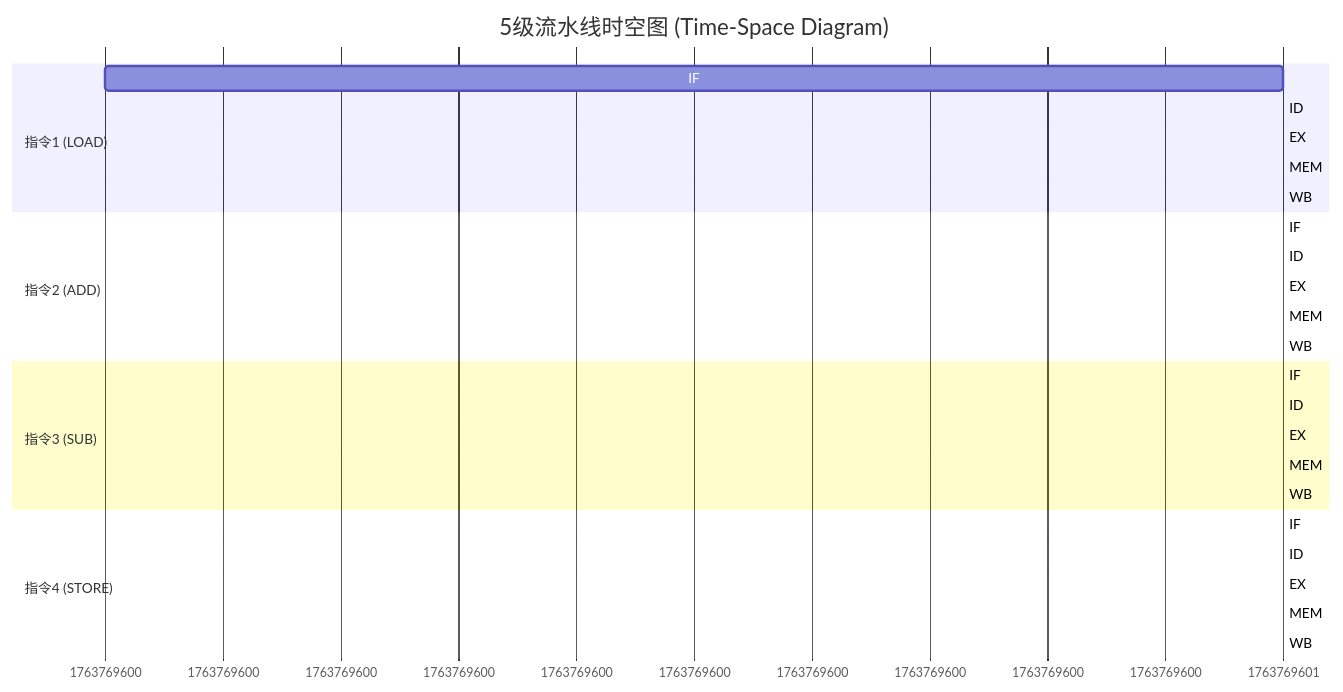
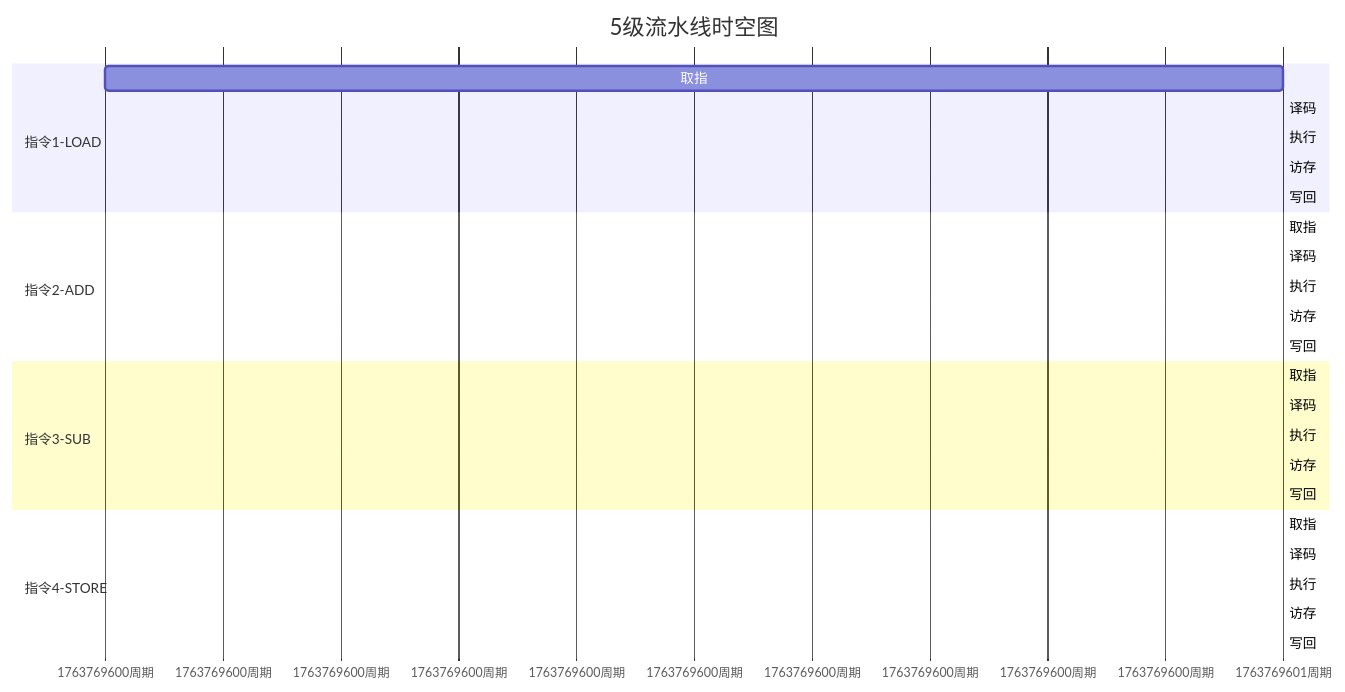
The diagram in 计算机组成原理/1-核心笔记/精简版/16-流水线技术.md (laoliu-463/-11), drawn with Mermaid before and after one commit. The commit also changed 6 other files, not shown here.

````diff
--- a/计算机组成原理/1-核心笔记/精简版/16-流水线技术.md
+++ b/计算机组成原理/1-核心笔记/精简版/16-流水线技术.md
@@ -12,34 +12,34 @@
 ```mermaid
 gantt
-    title 5级流水线时空图 (Time-Space Diagram)
+    title 5级流水线时空图
     dateFormat s
-    axisFormat %s
+    axisFormat %s周期
     
-    section 指令1 (LOAD)
-    IF :a1, 0, 1
-    ID :a2, 1, 1
-    EX :a3, 2, 1
-    MEM:a4, 3, 1
-    WB :a5, 4, 1
+    section 指令1-LOAD
+    取指 :a1, 0, 1
+    译码 :a2, 1, 1
+    执行 :a3, 2, 1
+    访存:a4, 3, 1
+    写回 :a5, 4, 1
     
-    section 指令2 (ADD)
-    IF :b1, 1, 1
-    ID :b2, 2, 1
-    EX :b3, 3, 1
-    MEM:b4, 4, 1
-    WB :b5, 5, 1
+    section 指令2-ADD
+    取指 :b1, 1, 1
+    译码 :b2, 2, 1
+    执行 :b3, 3, 1
+    访存:b4, 4, 1
+    写回 :b5, 5, 1
     
-    section 指令3 (SUB)
-    IF :c1, 2, 1
-    ID :c2, 3, 1
-    EX :c3, 4, 1
-    MEM:c4, 5, 1
-    WB :c5, 6, 1
+    section 指令3-SUB
+    取指 :c1, 2, 1
+    译码 :c2, 3, 1
+    执行 :c3, 4, 1
+    访存:c4, 5, 1
+    写回 :c5, 6, 1
     
-    section 指令4 (STORE)
-    IF :d1, 3, 1
-    ID :d2, 4, 1
-    EX :d3, 5, 1
-    MEM:d4, 6, 1
-    WB :d5, 7, 1
+    section 指令4-STORE
+    取指 :d1, 3, 1
+    译码 :d2, 4, 1
+    执行 :d3, 5, 1
+    访存:d4, 6, 1
+    写回 :d5, 7, 1
 ```
````
